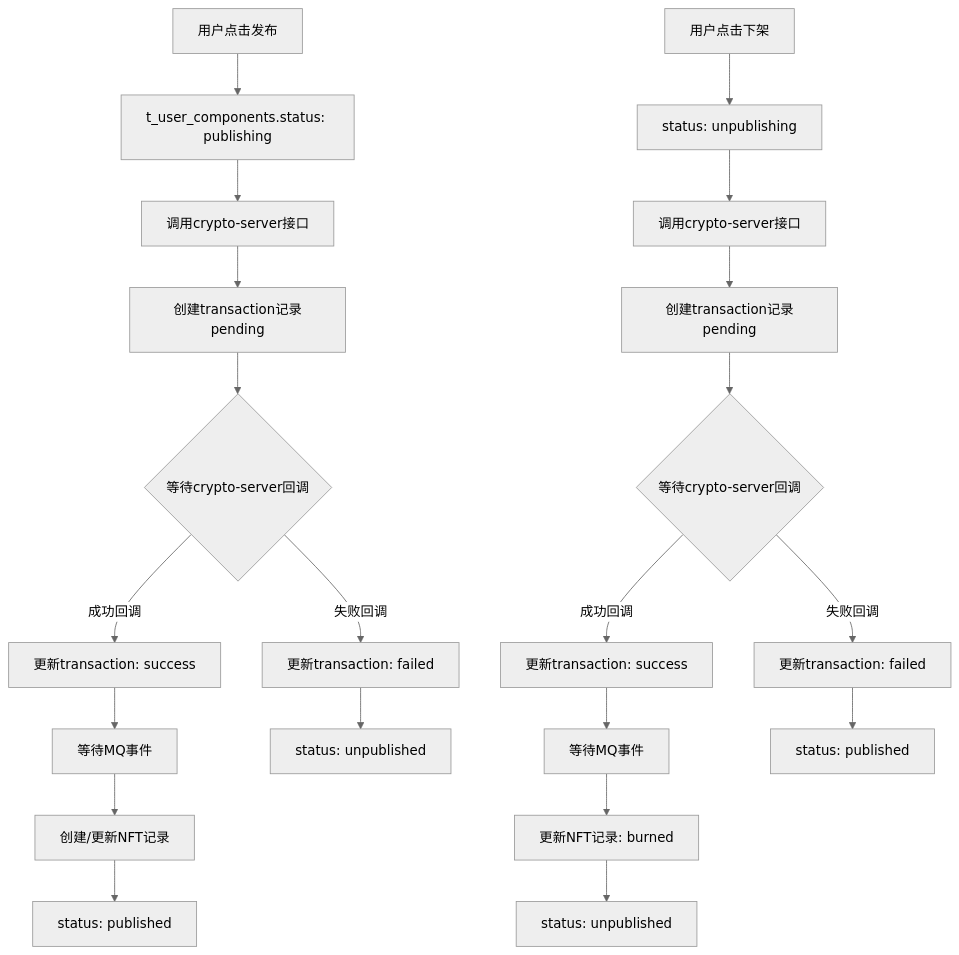
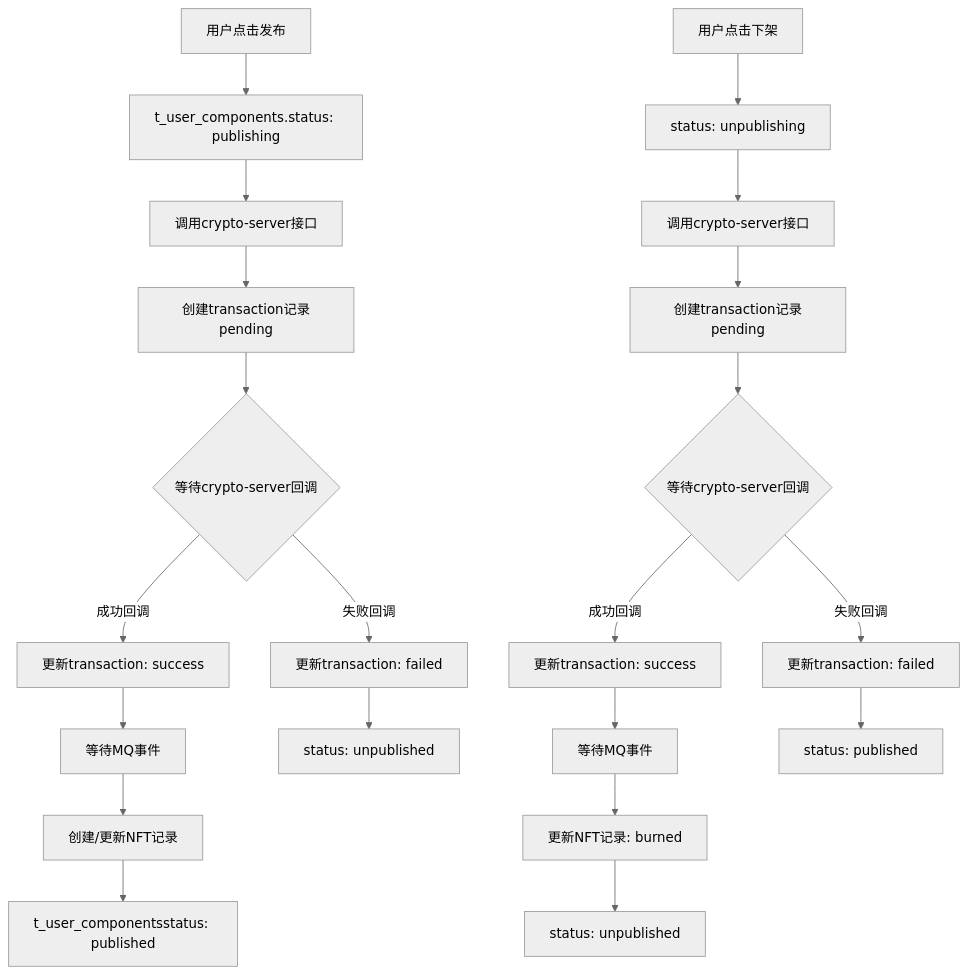
One commit to yingjianzh/iodraw-files changed the diagram in all/未命名-74.md. Above: the diagram before and after it, drawn with Mermaid (neutral theme).

Commit message:
2025-07-07 15:51:32 update

````diff
--- a/all/未命名-74.md
+++ b/all/未命名-74.md
@@ -1,30 +1,30 @@
 ```mermaid
 
 graph TD
     A[用户点击发布] --> B[t_user_components.status: publishing]
     B --> C[调用crypto-server接口]
     C --> D[创建transaction记录pending]
     D --> E{等待crypto-server回调}
     
     E -->|成功回调| F[更新transaction: success]
     F --> G[等待MQ事件]
     G --> H[创建/更新NFT记录]
-    H --> I[status: published]
+    H --> I[t_user_componentsstatus: published]
     
     E -->|失败回调| J[更新transaction: failed]
     J --> K[status: unpublished]
     
     L[用户点击下架] --> M[status: unpublishing]
     M --> N[调用crypto-server接口]
     N --> O[创建transaction记录pending]
     O --> P{等待crypto-server回调}
     
     P -->|成功回调| Q[更新transaction: success]
     Q --> R[等待MQ事件]
     R --> S[更新NFT记录: burned]
     S --> T[status: unpublished]
     
     P -->|失败回调| U[更新transaction: failed]
     U --> V[status: published]
 
 ```
````
